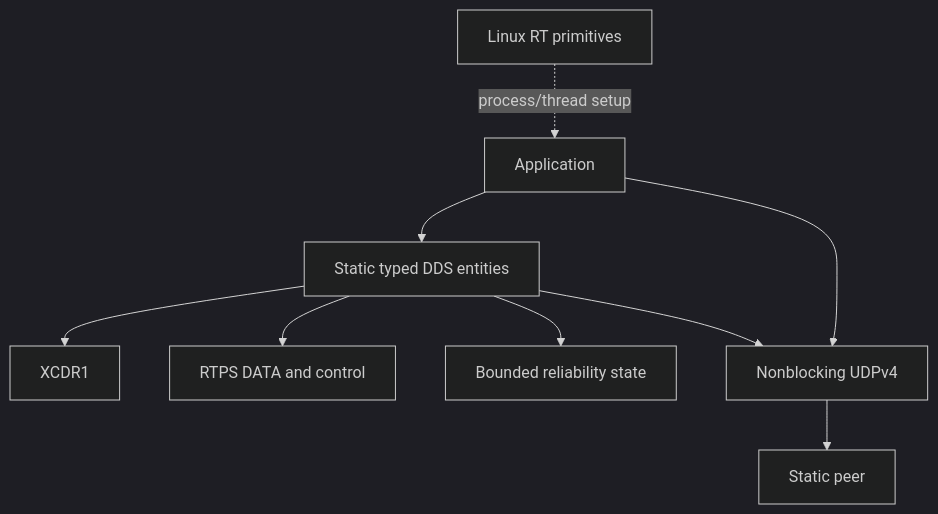
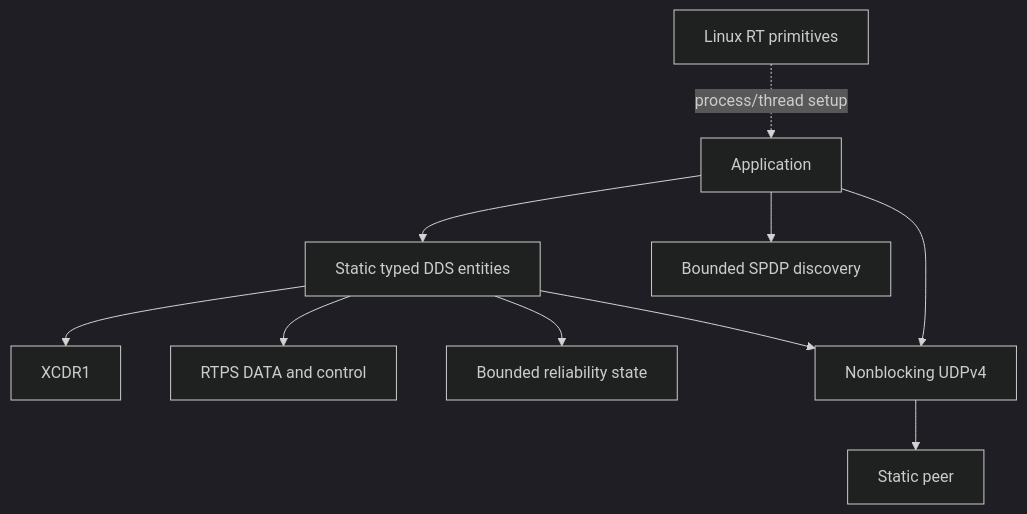
One commit to indrakanti/openRTDDS changed the first of 2 diagrams in docs/design/system/detailed-design.md. Above: the diagram before and after it, drawn with Mermaid (dark theme). The commit also changed other lines of this file and 19 other files, not shown here.

Commit message:
Add bounded SPDP participant discovery

````diff
--- a/docs/design/system/detailed-design.md
+++ b/docs/design/system/detailed-design.md
@@ -16,11 +16,12 @@
 ```mermaid
 flowchart TD
     App[Application] --> DDS[Static typed DDS entities]
     DDS --> CDR[XCDR1]
     DDS --> RTPS[RTPS DATA and control]
     DDS --> REL[Bounded reliability state]
+    App --> SPDP[Bounded SPDP discovery]
     App --> UDP[Nonblocking UDPv4]
     DDS --> UDP
     UDP --> Peer[Static peer]
     Linux[Linux RT primitives] -. process/thread setup .-> App
 ```
````
